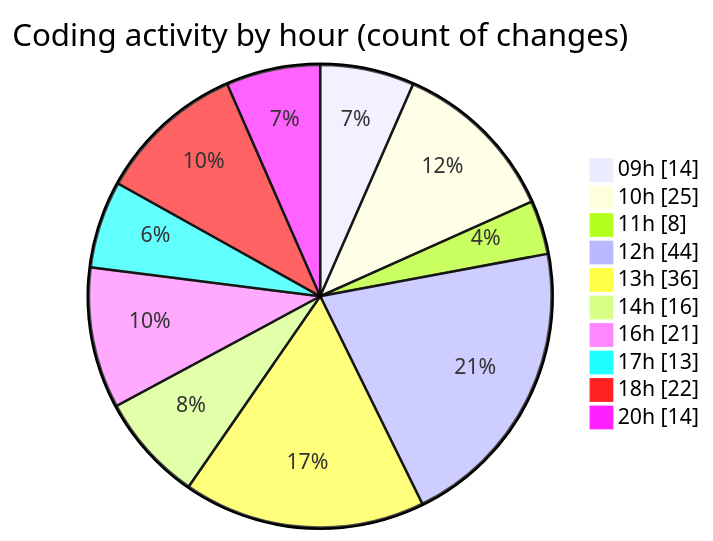
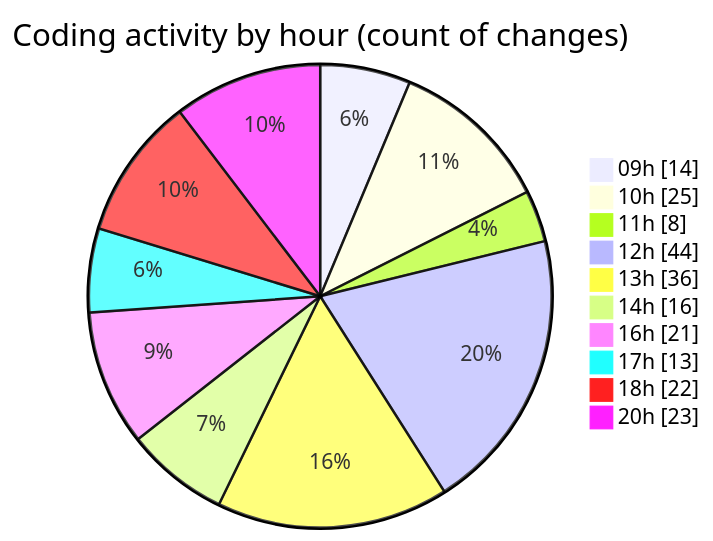
Before and after one commit to momahboobian/code-tracking: the second of 2 diagrams in 2025-06-03/cda/README.md, drawn with Mermaid. The commit also changed other lines of this file and 1 other file, not shown here.

````diff
--- a/2025-06-03/cda/README.md
+++ b/2025-06-03/cda/README.md
@@ -38,14 +38,14 @@
 ```mermaid
 pie showData
 title Coding activity by hour (count of changes)
 "09h" : 14
 "10h" : 25
 "11h" : 8
 "12h" : 44
 "13h" : 36
 "14h" : 16
 "16h" : 21
 "17h" : 13
 "18h" : 22
-"20h" : 14
+"20h" : 23
 ```
````
